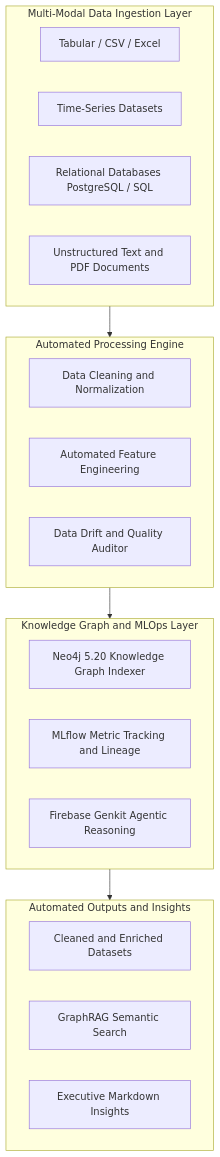
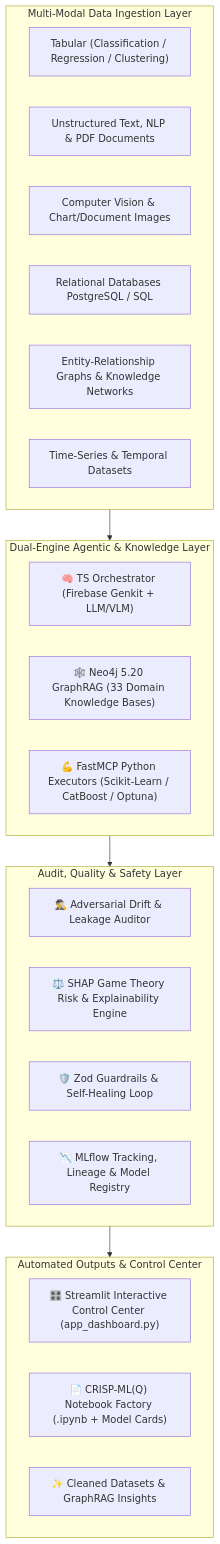
One commit to gervais-afk/dataset-automator changed the diagram in README.md. Above: the diagram before and after it, drawn with Mermaid. The commit also changed other lines of this file and 1 other file, not shown here.

Commit message:
docs: rebalance multi-domain positioning to highlight full universal MLOps scope (33 domains, multi-modal AI)

````diff
--- a/README.md
+++ b/README.md
@@ -16,31 +16,34 @@
 ```mermaid
 graph TD
     subgraph Ingestion ["Multi-Modal Data Ingestion Layer"]
-        Tabular["Tabular / CSV / Excel"]
-        TimeSeries["Time-Series Datasets"]
+        Tabular["Tabular (Classification / Regression / Clustering)"]
+        TextDocs["Unstructured Text, NLP & PDF Documents"]
+        VisionData["Computer Vision & Chart/Document Images"]
         SQLData["Relational Databases PostgreSQL / SQL"]
-        TextDocs["Unstructured Text and PDF Documents"]
+        GraphData["Entity-Relationship Graphs & Knowledge Networks"]
+        TimeSeries["Time-Series & Temporal Datasets"]
     end
 
-    subgraph Processing ["Automated Processing Engine"]
-        Cleaner["Data Cleaning and Normalization"]
-        FeatureEng["Automated Feature Engineering"]
-        QualityAudit["Data Drift and Quality Auditor"]
+    subgraph Intelligence ["Dual-Engine Agentic & Knowledge Layer"]
+        TSOrchestrator["🧠 TS Orchestrator (Firebase Genkit + LLM/VLM)"]
+        Neo4jGraph["🕸️ Neo4j 5.20 GraphRAG (33 Domain Knowledge Bases)"]
+        FastMCPWorkers["💪 FastMCP Python Executors (Scikit-Learn / CatBoost / Optuna)"]
     end
 
-    subgraph Intelligence ["Knowledge Graph and MLOps Layer"]
-        Neo4jGraph["Neo4j 5.20 Knowledge Graph Indexer"]
-        MLflowTrack["MLflow Metric Tracking and Lineage"]
-        GenkitAgent["Firebase Genkit Agentic Reasoning"]
+    subgraph Governance ["Audit, Quality & Safety Layer"]
+        DriftAuditor["🕵️‍♂️ Adversarial Drift & Leakage Auditor"]
+        SHAPEngine["⚖️ SHAP Game Theory Risk & Explainability Engine"]
+        ZodValidator["🛡️ Zod Guardrails & Self-Healing Loop"]
+        MLflowRegistry["📉 MLflow Tracking, Lineage & Model Registry"]
     end
 
-    subgraph Outputs ["Automated Outputs and Insights"]
-        CleanData["Cleaned and Enriched Datasets"]
-        GraphInsights["GraphRAG Semantic Search"]
-        AIReports["Executive Markdown Insights"]
+    subgraph Outputs ["Automated Outputs & Control Center"]
+        DashboardUI["🎛️ Streamlit Interactive Control Center (app_dashboard.py)"]
+        CRISPNotebooks["📄 CRISP-ML(Q) Notebook Factory (.ipynb + Model Cards)"]
+        EnrichedData["✨ Cleaned Datasets & GraphRAG Insights"]
     end
 
-    Ingestion --> Processing
-    Processing --> Intelligence
-    Intelligence --> Outputs
+    Ingestion --> Intelligence
+    Intelligence --> Governance
+    Governance --> Outputs
 ```
````
